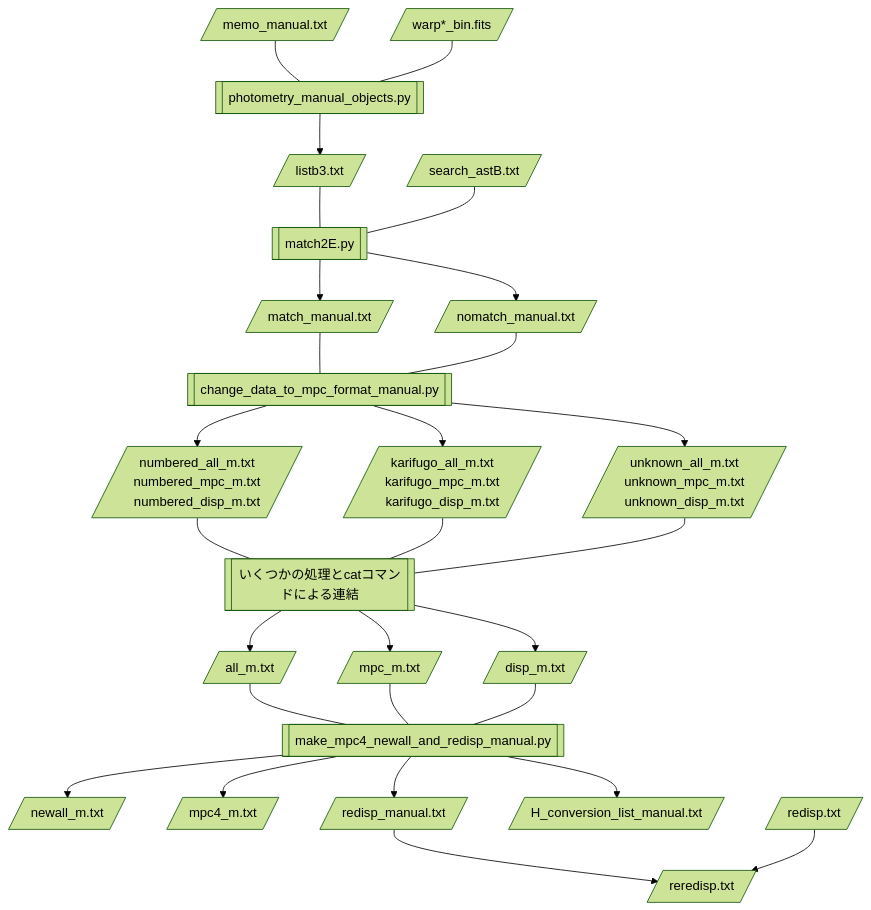
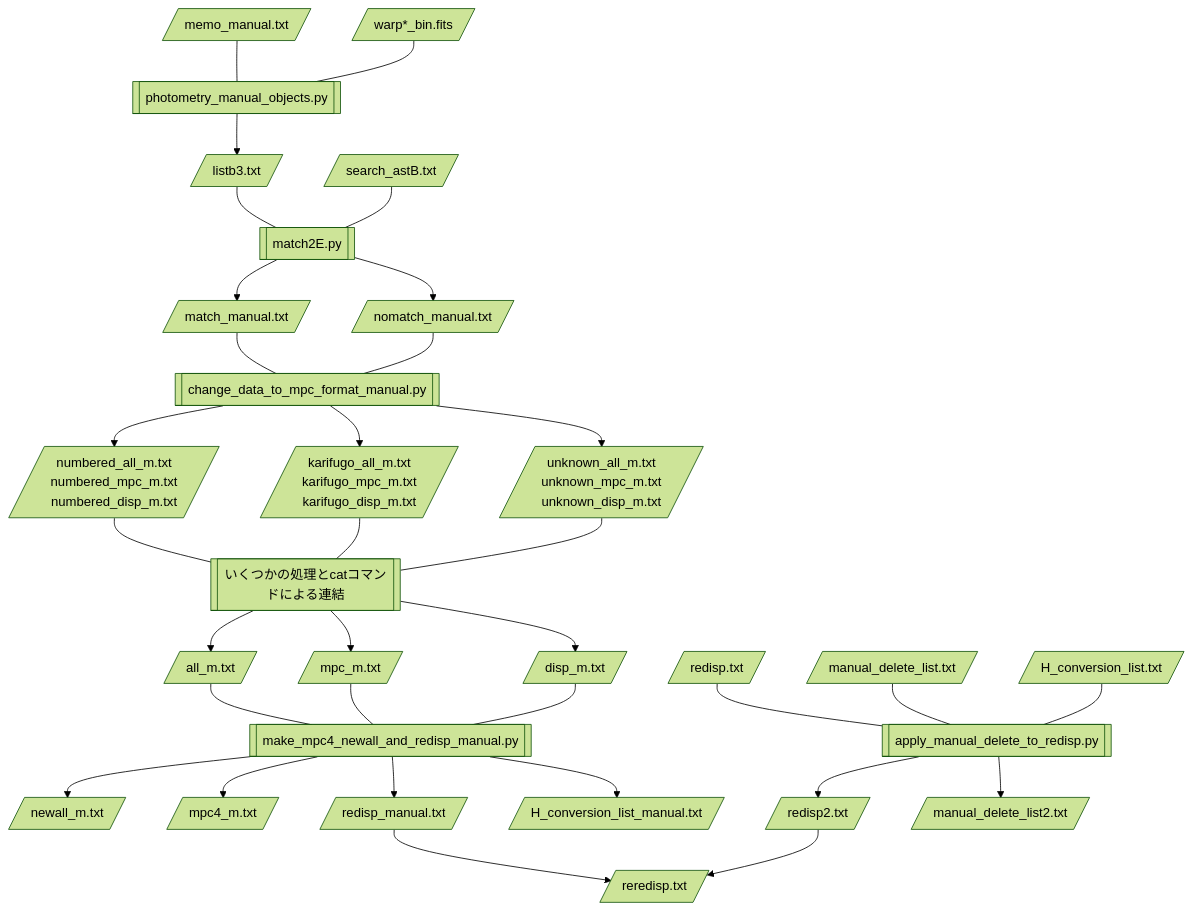
One commit to COIAS-program/COIAS_program_github changed the diagram in flowcharts/flowchart6-AstsearchR_after_manual.md. Above: the diagram before and after it, drawn with Mermaid (forest theme). The commit also changed 5 other files, not shown here.

```````diff
--- a/flowcharts/flowchart6-AstsearchR_after_manual.md
+++ b/flowcharts/flowchart6-AstsearchR_after_manual.md
@@ -3,53 +3,63 @@
 ```mermaid
 flowchart TD
     A[/memo_manual.txt/] --- B[[photometry_manual_objects.py]]
     C[/warp*_bin.fits/] --- B
     B --> D[/listb3.txt/]
     D --- E[[match2E.py]]
     F[/search_astB.txt/] --- E
     E --> G[/match_manual.txt/]
     E --> H[/nomatch_manual.txt/]
     G --- I[[change_data_to_mpc_format_manual.py]]
     H --- I
     I --> J[/numbered_all_m.txt\nnumbered_mpc_m.txt\nnumbered_disp_m.txt/]
     I --> K[/karifugo_all_m.txt\nkarifugo_mpc_m.txt\nkarifugo_disp_m.txt/]
     I --> L[/unknown_all_m.txt\nunknown_mpc_m.txt\nunknown_disp_m.txt/]
     J --- M[[いくつかの処理とcatコマンドによる連結]]
     K --- M
     L --- M
     M --> N[/all_m.txt/]
     M --> O[/mpc_m.txt/]
     M --> P[/disp_m.txt/]
     N --- Q[[make_mpc4_newall_and_redisp_manual.py]]
     O --- Q
     P --- Q
     Q --> R[/newall_m.txt/]
     Q --> S[/mpc4_m.txt/]
     Q --> T[/redisp_manual.txt/]
     Q --> U[/H_conversion_list_manual.txt/]
     T --> V[/reredisp.txt/]
-    W[/redisp.txt/] --> V
+    W[/redisp.txt/] --- X[[apply_manual_delete_to_redisp.py]]
+    Y[/manual_delete_list.txt/] --- X
+    Z[/H_conversion_list.txt/] --- X
+    X --> a[/redisp2.txt/]
+    X --> b[/manual_delete_list2.txt/]
+    a --> V
 
     click B "https://github.com/COIAS-program/COIAS_program_github/blob/main/src8_astsearch_manual/photometry_manual_objects.py"
     click E "https://github.com/COIAS-program/COIAS_program_github/blob/main/src8_astsearch_manual/match2E.py"
     click I "https://github.com/COIAS-program/COIAS_program_github/blob/main/src8_astsearch_manual/change_data_to_mpc_format_manual.py"
     click Q "https://github.com/COIAS-program/COIAS_program_github/blob/main/src8_astsearch_manual/make_mpc4_newall_and_redisp_manual.py"
+    click X "https://github.com/COIAS-program/COIAS_program_github/blob/main/src8_astsearch_manual/apply_manual_delete_to_redisp.py"
     
     click A "https://github.com/COIAS-program/COIAS_program_github/blob/main/flowcharts/sample6/memo_manual.txt"
     click D "https://github.com/COIAS-program/COIAS_program_github/blob/main/flowcharts/sample6/listb3.txt"
     click F "https://github.com/COIAS-program/COIAS_program_github/blob/main/flowcharts/sample3/search_astB.txt"
     click G "https://github.com/COIAS-program/COIAS_program_github/blob/main/flowcharts/sample6/match_manual.txt"
     click H "https://github.com/COIAS-program/COIAS_program_github/blob/main/flowcharts/sample6/nomatch_manual.txt"
     click J "https://github.com/COIAS-program/COIAS_program_github/blob/main/flowcharts/sample6/numbered_all_mpc_disp_m.txt"
     click K "https://github.com/COIAS-program/COIAS_program_github/blob/main/flowcharts/sample6/karifugo_all_mpc_disp_m.txt"
     click L "https://github.com/COIAS-program/COIAS_program_github/blob/main/flowcharts/sample6/unknown_all_mpc_disp_m.txt"
     click N "https://github.com/COIAS-program/COIAS_program_github/blob/main/flowcharts/sample6/all_m.txt"
     click O "https://github.com/COIAS-program/COIAS_program_github/blob/main/flowcharts/sample6/mpc_m.txt"
     click P "https://github.com/COIAS-program/COIAS_program_github/blob/main/flowcharts/sample6/disp_m.txt"
     click R "https://github.com/COIAS-program/COIAS_program_github/blob/main/flowcharts/sample6/newall_m.txt"
     click S "https://github.com/COIAS-program/COIAS_program_github/blob/main/flowcharts/sample6/mpc4_m.txt"
     click T "https://github.com/COIAS-program/COIAS_program_github/blob/main/flowcharts/sample6/redisp_manual.txt"
     click U "https://github.com/COIAS-program/COIAS_program_github/blob/main/flowcharts/sample6/H_conversion_list_manual.txt"
     click V "https://github.com/COIAS-program/COIAS_program_github/blob/main/flowcharts/sample6/reredisp.txt"
     click W "https://github.com/COIAS-program/COIAS_program_github/blob/main/flowcharts/sample5/redisp.txt"
+    click Y "https://github.com/COIAS-program/COIAS_program_github/blob/main/flowcharts/sample6/manual_delete_list.txt"
+    click Z "https://github.com/COIAS-program/COIAS_program_github/blob/main/flowcharts/sample5/H_conversion_list.txt"
+    click a "https://github.com/COIAS-program/COIAS_program_github/blob/main/flowcharts/sample6/redisp2.txt"
+    click b "https://github.com/COIAS-program/COIAS_program_github/blob/main/flowcharts/sample6/manual_delete_list2.txt"
 ``````
```````
